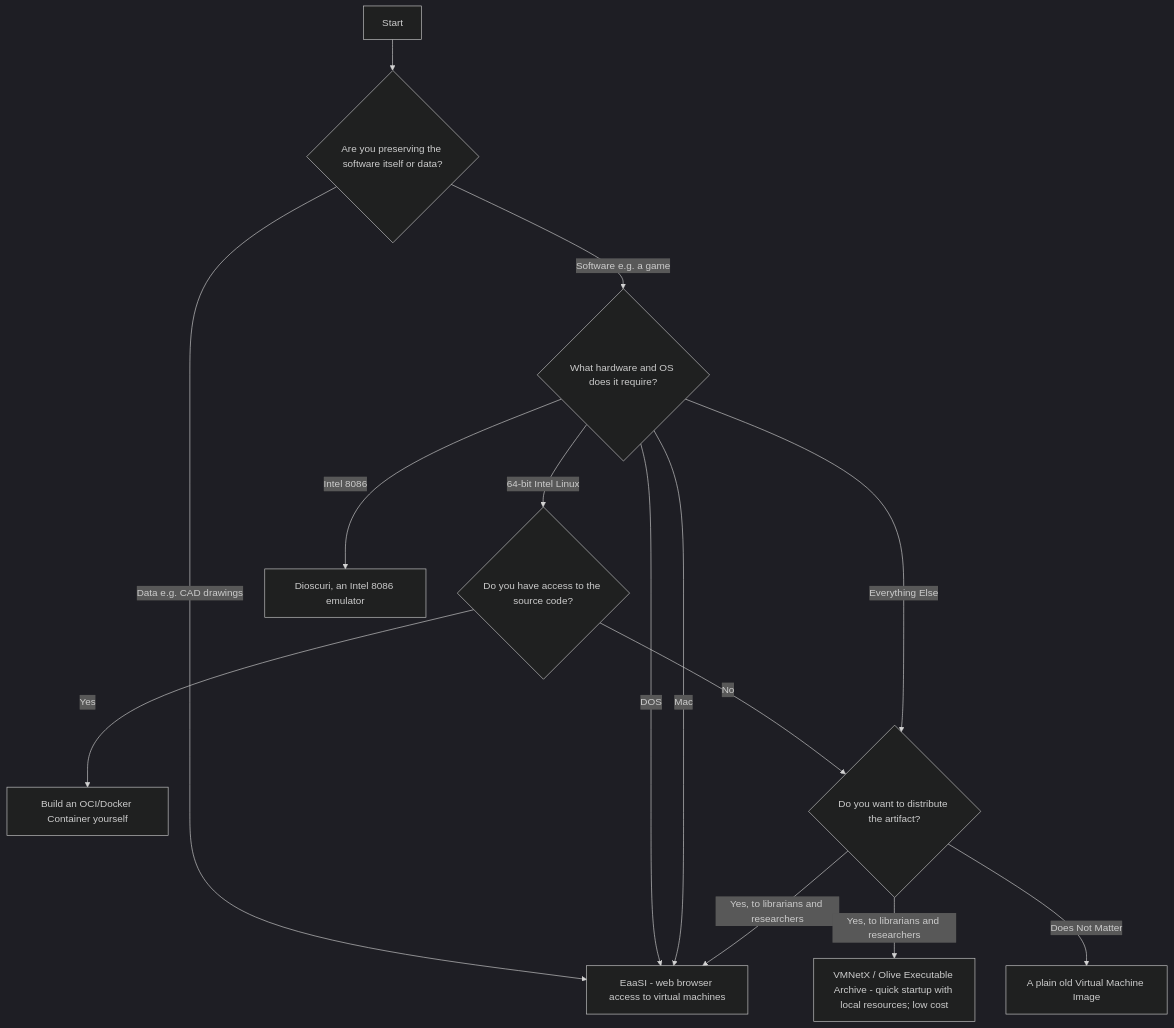
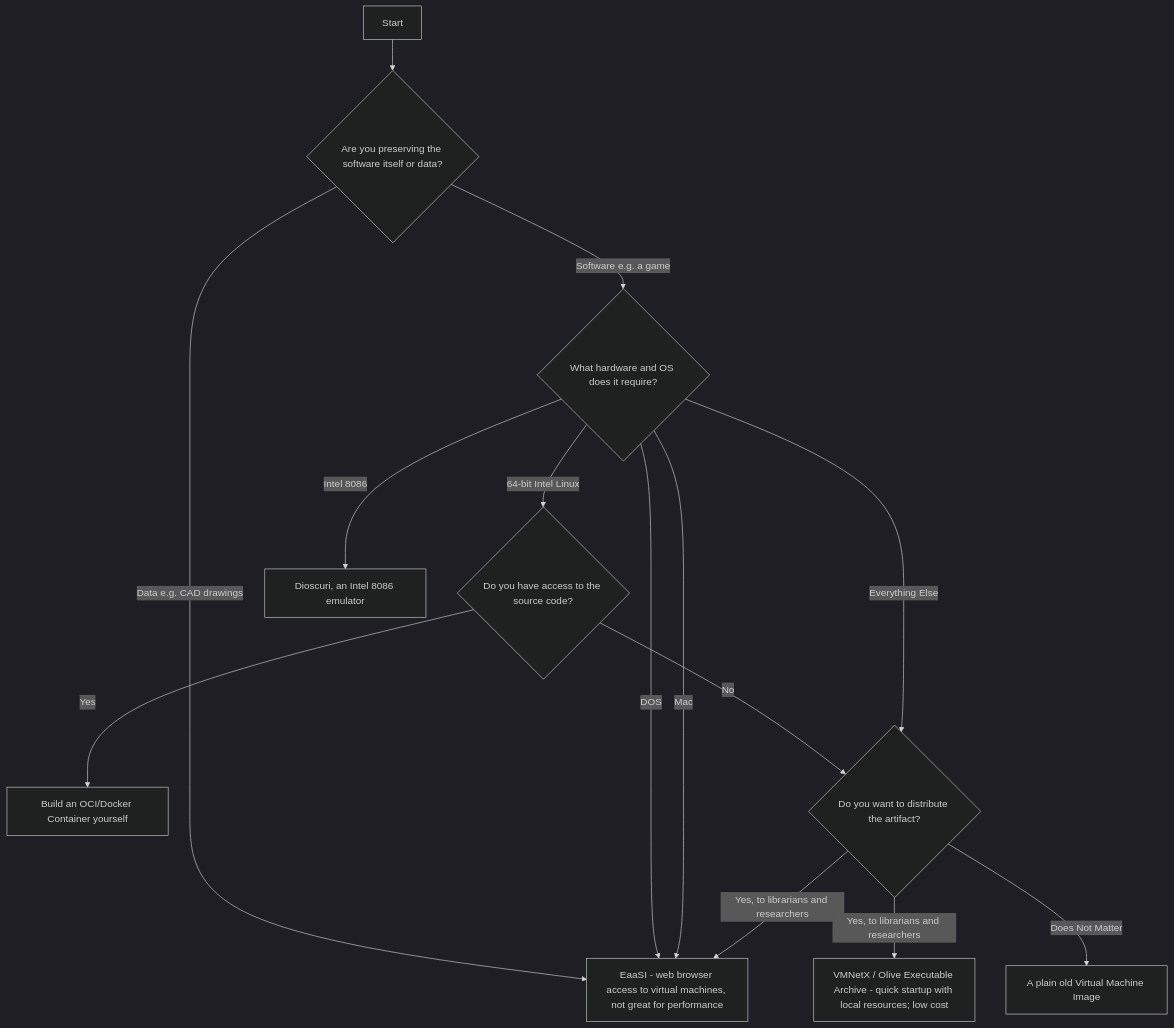
One commit to gt-ospo/oss-software-preservation changed the diagram in software-sustainability-best-practices.md. Above: the diagram before and after it, drawn with Mermaid (dark theme).

````diff
--- a/software-sustainability-best-practices.md
+++ b/software-sustainability-best-practices.md
@@ -12,26 +12,26 @@
 ```mermaid
 flowchart TD
     start[Start]
     start --> body
     body{Are you preserving the software itself or data?}
     body -->|Software e.g. a game| build
     body -->|Data e.g. CAD drawings| eaasi
     src{Do you have access to the source code?}
     src -->|Yes| build-oci
     src -->|No| distrib
     build{What hardware and OS does it require?}
     build -->|64-bit Intel Linux| src
     build -->|Intel 8086| dioscuri
     build-oci[Build an OCI/Docker Container yourself]
     dioscuri[Dioscuri, an Intel 8086 emulator]
     build -->|DOS| eaasi
     build -->|Mac| eaasi
     build -->|Everything Else| distrib
     distrib{Do you want to distribute the artifact?}
     distrib -->|Yes, to librarians and researchers| eaasi
     distrib -->|Yes, to librarians and researchers| vmnetx
     distrib -->|Does Not Matter| plain_vm
-    eaasi[EaaSI - web browser access to virtual machines]
+    eaasi[EaaSI - web browser access to virtual machines, not great for performance]
     plain_vm[A plain old Virtual Machine Image]
     vmnetx[VMNetX / Olive Executable Archive - quick startup with local resources; low cost]
 ```
````
